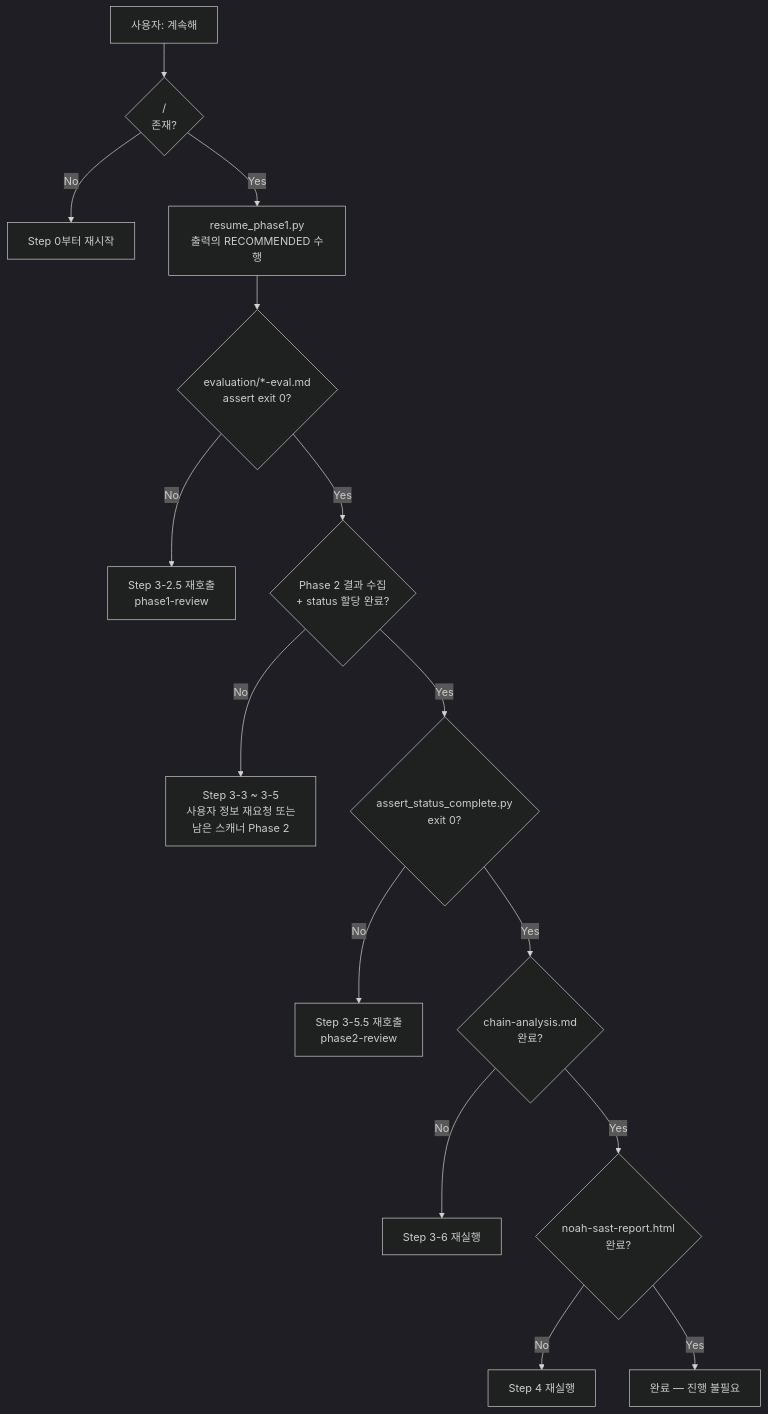
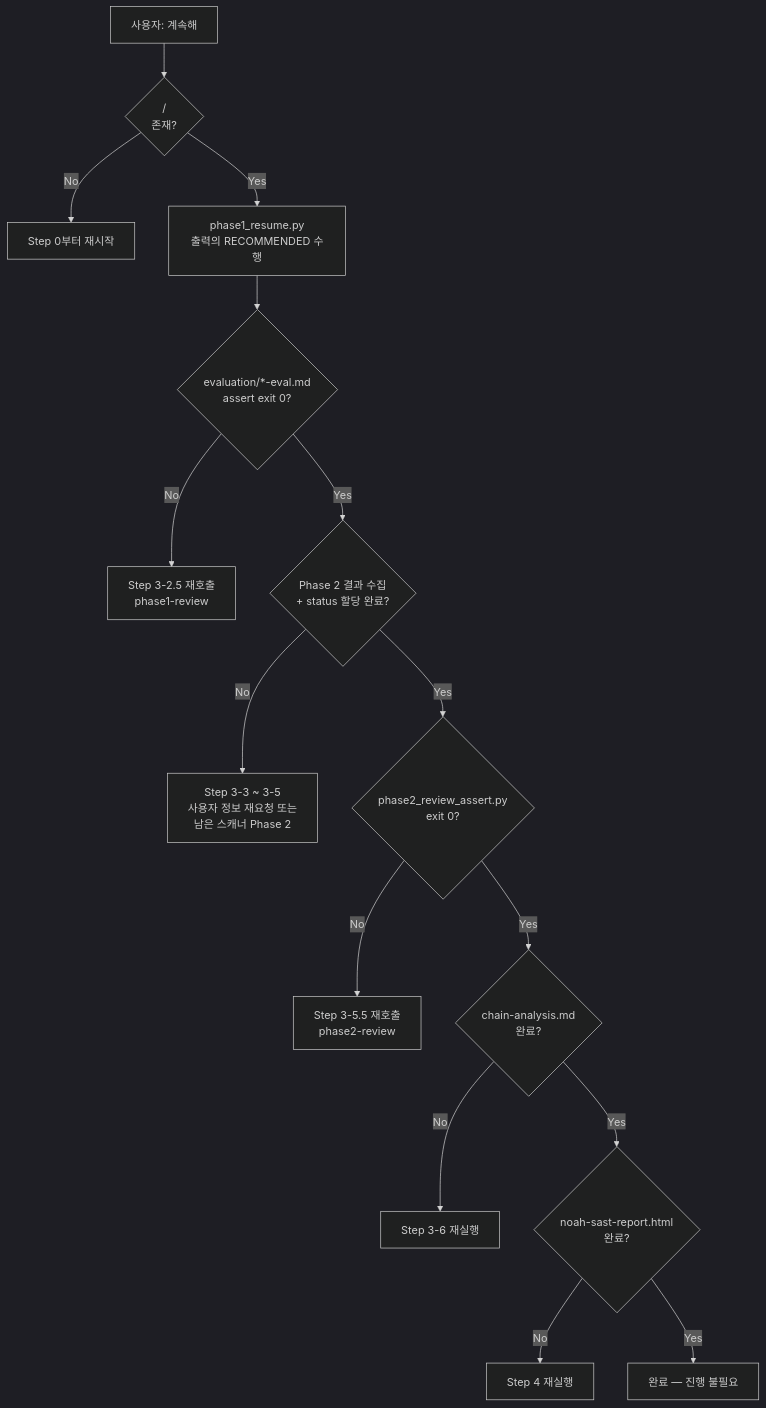
The diagram in skills/sast/docs/resume.md (nomarlhack/noah-sast), drawn with Mermaid (dark theme) before and after one commit. The commit also changed other lines of this file and 25 other files, not shown here.

````diff
--- a/skills/sast/docs/resume.md
+++ b/skills/sast/docs/resume.md
@@ -33,17 +33,17 @@
 ```mermaid
 flowchart TD
     U["사용자: 계속해"] --> C1{"<PHASE1_RESULTS_DIR>/<br/>존재?"}
     C1 -->|No| R0["Step 0부터 재시작"]
-    C1 -->|Yes| RP1["resume_phase1.py<br/>출력의 RECOMMENDED 수행"]
+    C1 -->|Yes| RP1["phase1_resume.py<br/>출력의 RECOMMENDED 수행"]
     RP1 --> C4{"evaluation/*-eval.md<br/>assert exit 0?"}
     C4 -->|No| R3["Step 3-2.5 재호출<br/>phase1-review"]
     C4 -->|Yes| C5{"Phase 2 결과 수집<br/>+ status 할당 완료?"}
     C5 -->|No| R4["Step 3-3 ~ 3-5<br/>사용자 정보 재요청 또는<br/>남은 스캐너 Phase 2"]
-    C5 -->|Yes| C6{"assert_status_complete.py<br/>exit 0?"}
+    C5 -->|Yes| C6{"phase2_review_assert.py<br/>exit 0?"}
     C6 -->|No| R5["Step 3-5.5 재호출<br/>phase2-review"]
     C6 -->|Yes| C7{"chain-analysis.md<br/>완료?"}
     C7 -->|No| R6["Step 3-6 재실행"]
     C7 -->|Yes| C8{"noah-sast-report.html<br/>완료?"}
     C8 -->|No| R7["Step 4 재실행"]
     C8 -->|Yes| Done["완료 — 진행 불필요"]
 ```
````
